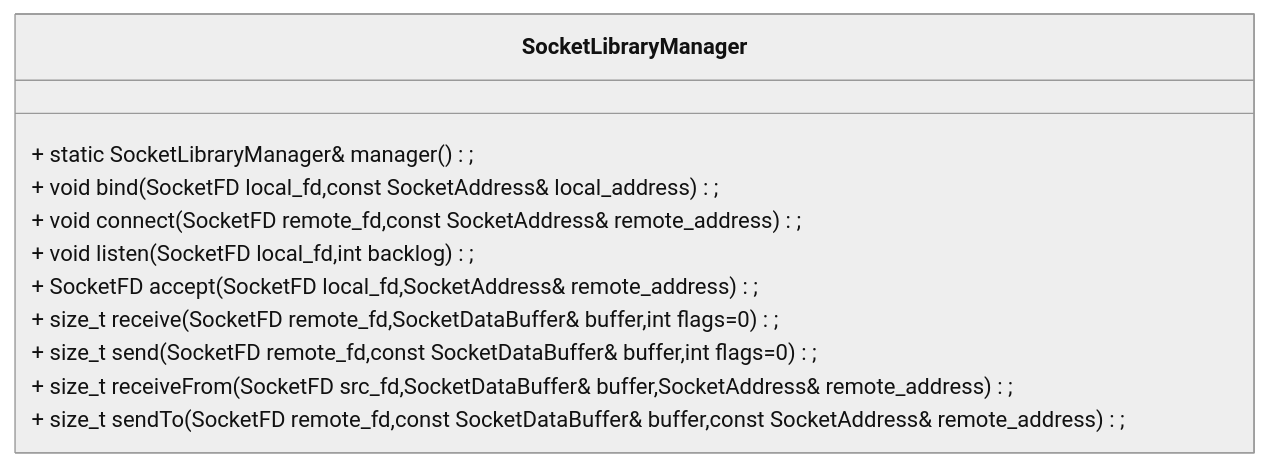
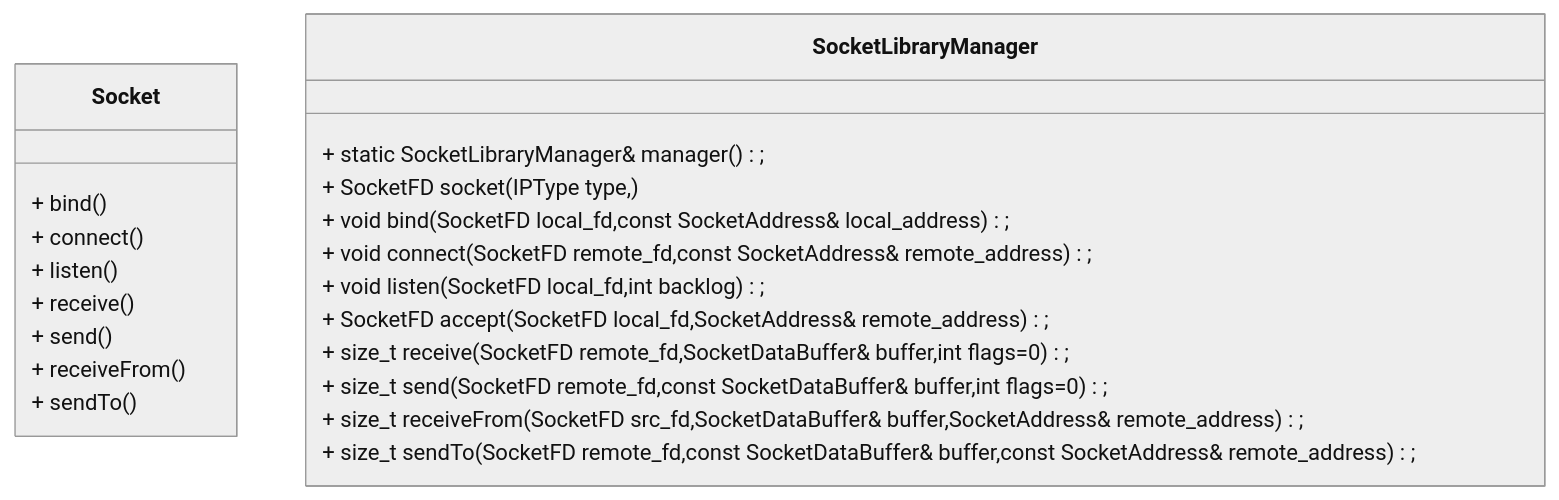
The third of 3 diagrams in Improvement Report.md (5330-git/AntonaStandard), drawn with Mermaid (neutral theme) before and after one commit. The commit also changed 22 other files, not shown here.

````diff
--- a/Improvement Report.md
+++ b/Improvement Report.md
@@ -434,14 +434,26 @@
 ```mermaid
 classDiagram
+class Socket{
++ bind()
++ connect()
++ listen()
++ receive()
++ send()
++ receiveFrom()
++ sendTo()
+}
 class SocketLibraryManager{
-+ 	static SocketLibraryManager& manager();
++  static SocketLibraryManager& manager();
++ SocketFD socket(IPType type,)
 +  void bind(SocketFD local_fd,const SocketAddress& local_address);
 +  void connect(SocketFD remote_fd,const SocketAddress& remote_address);
 +  void listen(SocketFD local_fd,int backlog);
 +  SocketFD accept(SocketFD local_fd,SocketAddress& remote_address);
 +  size_t receive(SocketFD remote_fd,SocketDataBuffer& buffer,int flags=0);
 +  size_t send(SocketFD remote_fd,const SocketDataBuffer& buffer,int flags=0);
 +  size_t receiveFrom(SocketFD src_fd,SocketDataBuffer& buffer,SocketAddress& remote_address);
 +  size_t sendTo(SocketFD remote_fd,const SocketDataBuffer& buffer,const SocketAddress& remote_address);
 }
+
+
 ```
````
